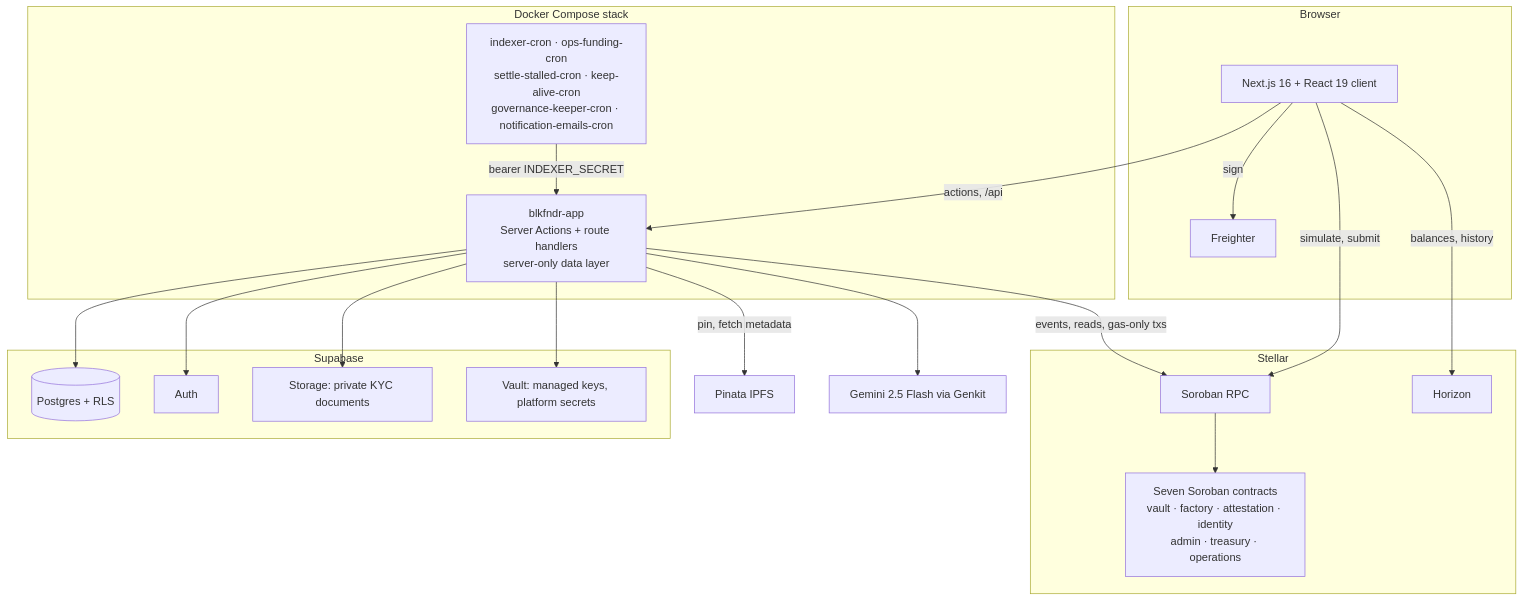
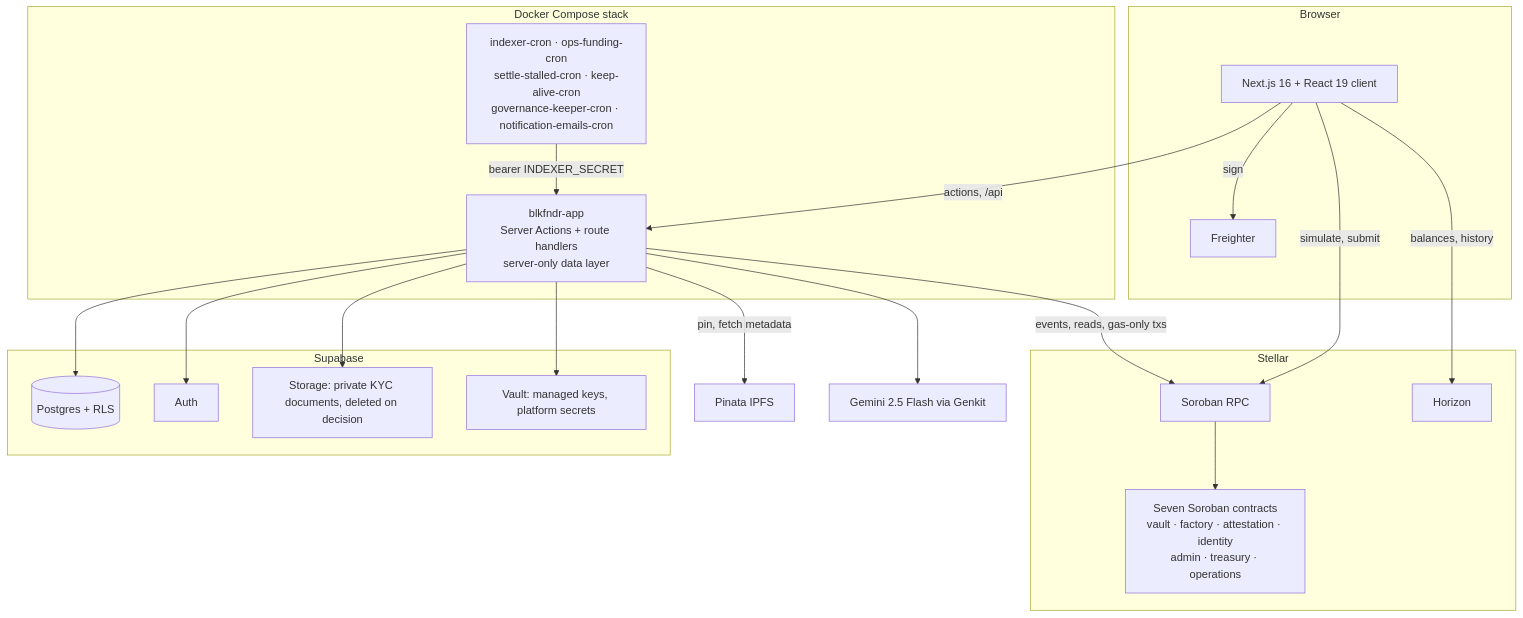
The diagram in docs/architecture.md (BLKFNDRPH/blkfndrapp), drawn with Mermaid before and after one commit. The commit also changed other lines of this file and 13 other files, not shown here.

````diff
--- a/docs/architecture.md
+++ b/docs/architecture.md
@@ -7,42 +7,42 @@
 ```mermaid
 graph TB
     subgraph Browser
         UI[Next.js 16 + React 19 client]
         FW[Freighter]
     end
 
     subgraph "Docker Compose stack"
         APP[blkfndr-app<br/>Server Actions + route handlers<br/>server-only data layer]
         CRON[indexer-cron · ops-funding-cron<br/>settle-stalled-cron · keep-alive-cron<br/>governance-keeper-cron · notification-emails-cron]
     end
 
     subgraph Stellar
         SRPC[Soroban RPC]
         HZN[Horizon]
         SUITE[Seven Soroban contracts<br/>vault · factory · attestation · identity<br/>admin · treasury · operations]
     end
 
     subgraph Supabase
         PG[(Postgres + RLS)]
         AUTH[Auth]
-        STG[Storage: private KYC documents]
+        STG[Storage: private KYC documents, deleted on decision]
         SV[Vault: managed keys, platform secrets]
     end
 
     PIN[Pinata IPFS]
     GEM[Gemini 2.5 Flash via Genkit]
 
     UI -->|actions, /api| APP
     UI -->|sign| FW
     UI -->|simulate, submit| SRPC
     UI -->|balances, history| HZN
     CRON -->|bearer INDEXER_SECRET| APP
     APP --> PG
     APP --> AUTH
     APP --> STG
     APP --> SV
     APP -->|pin, fetch metadata| PIN
     APP --> GEM
     APP -->|events, reads, gas-only txs| SRPC
     SRPC --> SUITE
 ```
````
